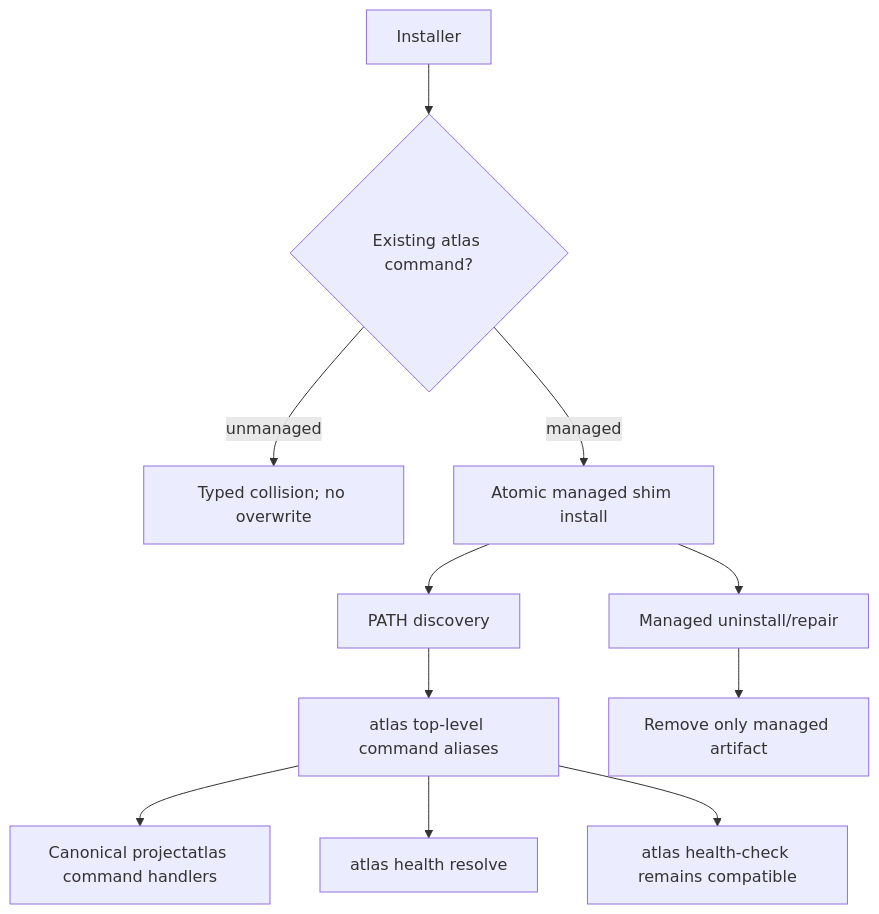
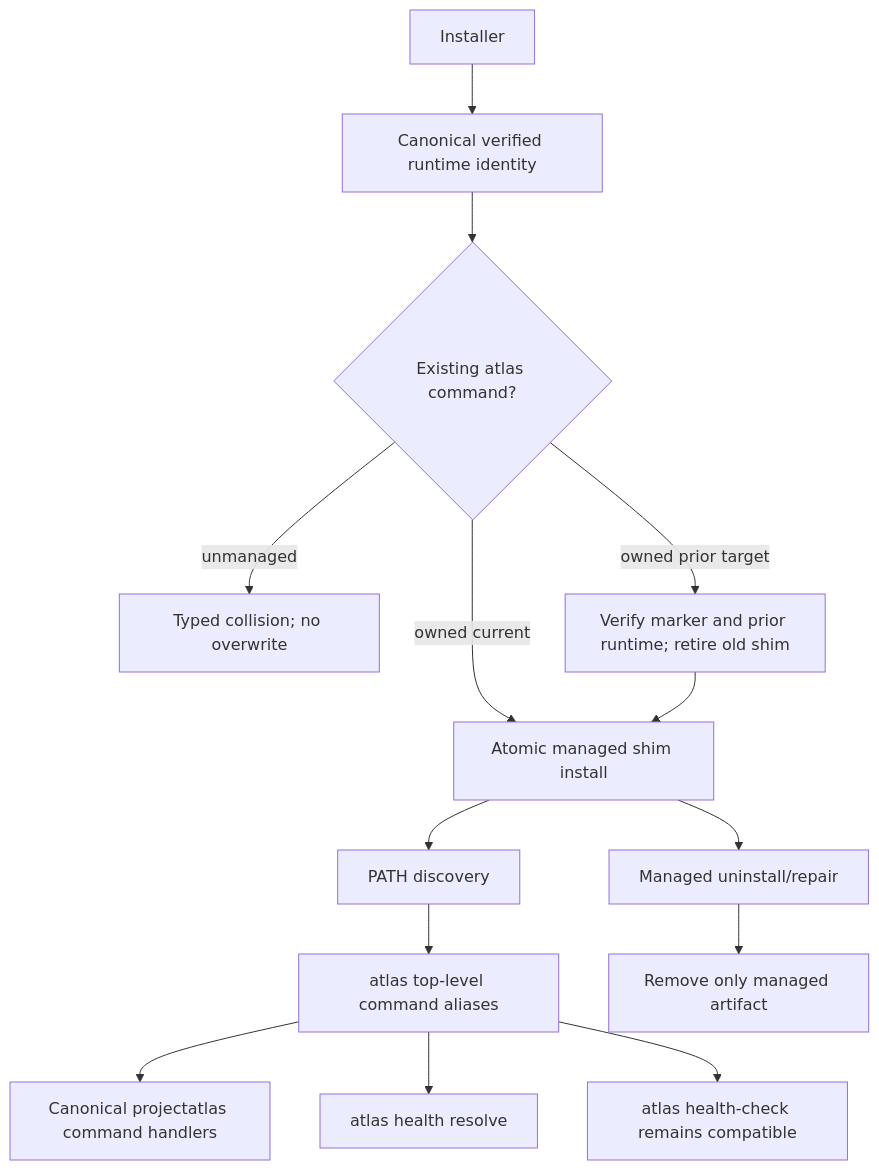
Before and after one commit to styler-ai/ProjectAtlas: diagram 27 of 28 in docs/v050-release-architecture.md, drawn with Mermaid. The commit also changed 4 other files, not shown here.

Commit message:
fix(installer): migrate owned atlas forwarders safely (#491)

````diff
--- a/docs/v050-release-architecture.md
+++ b/docs/v050-release-architecture.md
@@ -428,13 +428,16 @@
 ```mermaid
 flowchart TB
-  installer[Installer] --> collision{Existing atlas command?}
+  installer[Installer] --> identity[Canonical verified runtime identity]
+  identity --> collision{Existing atlas command?}
   collision -->|unmanaged| reject[Typed collision; no overwrite]
-  collision -->|managed| shim[Atomic managed shim install]
+  collision -->|owned current| shim[Atomic managed shim install]
+  collision -->|owned prior target| migrate[Verify marker and prior runtime; retire old shim]
+  migrate --> shim
   shim --> discover[PATH discovery]
   discover --> aliases[atlas top-level command aliases]
   aliases --> canonical[Canonical projectatlas command handlers]
   aliases --> resolve[atlas health resolve]
   aliases --> legacy[atlas health-check remains compatible]
   shim --> uninstall[Managed uninstall/repair]
   uninstall --> clean[Remove only managed artifact]
 ```
````
